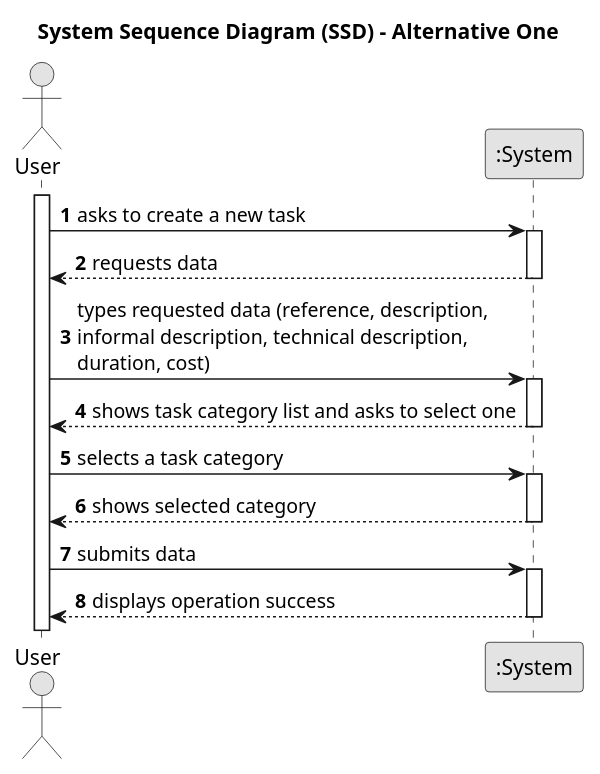
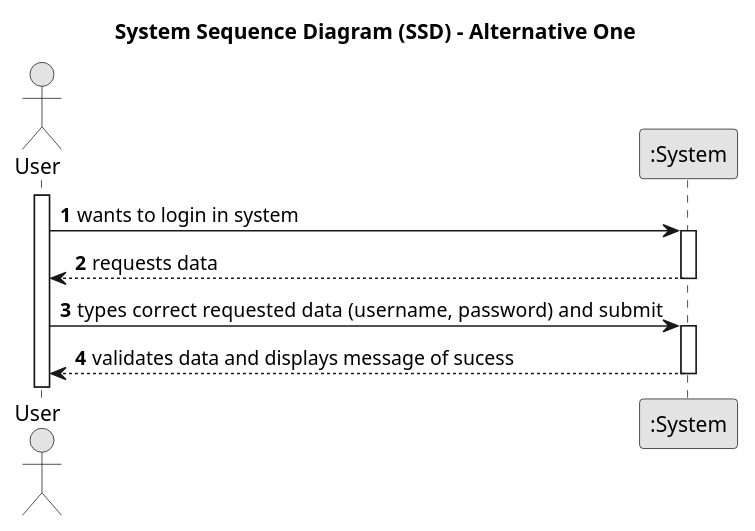
One commit to TiagoMagalhaes1232507/Testando-projeto changed the diagram in docs/sprint01/us002/01.requirements-engineering/puml/us002-system-sequence-diagram-alternative-one.puml. Above: the diagram before and after it, drawn with PlantUML. The commit also changed 4 other files, not shown here.

```diff
--- a/docs/sprint01/us002/01.requirements-engineering/puml/us002-system-sequence-diagram-alternative-one.puml
+++ b/docs/sprint01/us002/01.requirements-engineering/puml/us002-system-sequence-diagram-alternative-one.puml
@@ -1,39 +1,27 @@
 @startuml
 skinparam monochrome true
 skinparam packageStyle rectangle
 skinparam shadowing false
 
 title System Sequence Diagram (SSD) - Alternative One
 
 autonumber
 
-actor "User" as Employee
+actor "User" as User
 participant ":System" as System
 
-activate Employee
+activate User
 
-    Employee -> System : asks to create a new task
+    User -> System : wants to login in system
     activate System
 
-        System --> Employee : requests data
+        System --> User : requests data
     deactivate System
 
-    Employee -> System : types requested data (reference, description, \ninformal description, technical description,\nduration, cost)
+    User -> System : types correct requested data  (username, password) and submit
     activate System
 
-        System --> Employee : shows task category list and asks to select one
-    deactivate System
-
-    Employee -> System : selects a task category
-    activate System
-
-        System --> Employee : shows selected category
-    deactivate System
-
-    Employee -> System : submits data
-    activate System
-
-        System --> Employee : displays operation success
+        System --> User : validates data and displays message of sucess
     deactivate System
 
 @enduml
```
